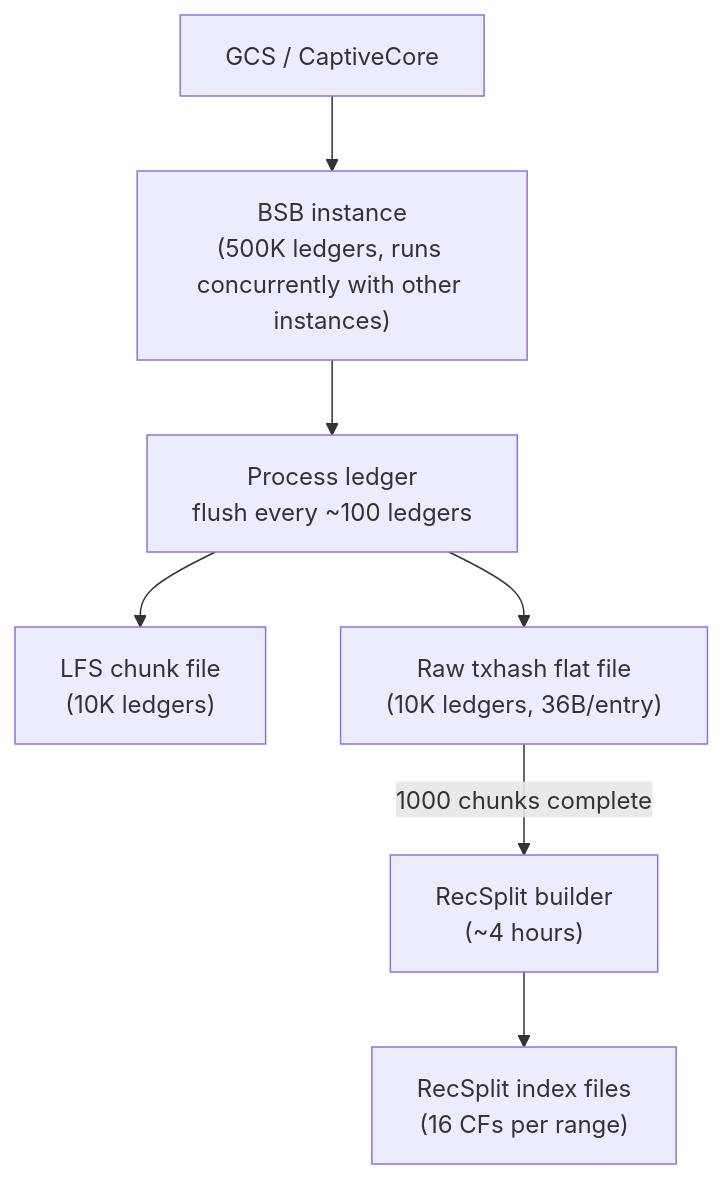
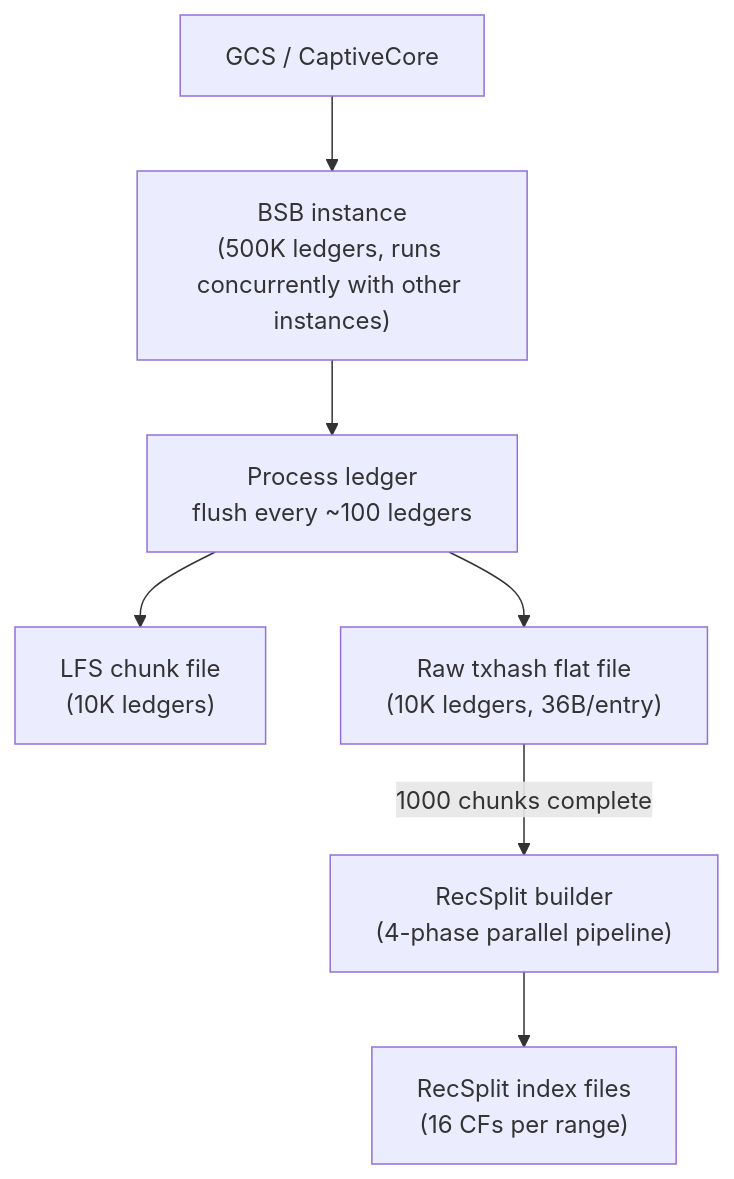
The seventh of 12 diagrams in full-history/design-docs/01-architecture-overview.md (stellar/stellar-rpc), drawn with Mermaid before and after one commit. The commit also changed other lines of this file and 6 other files, not shown here.

First line of the commit message:
Update design docs for 4-phase RecSplit pipeline and per-CF bookkeeping

````diff
--- a/full-history/design-docs/01-architecture-overview.md
+++ b/full-history/design-docs/01-architecture-overview.md
@@ -188,9 +188,9 @@
 ```mermaid
 flowchart TD
     A["GCS / CaptiveCore"] --> B["BSB instance<br/>(500K ledgers, runs concurrently with other instances)"]
     B --> C["Process ledger<br/>flush every ~100 ledgers"]
     C --> D["LFS chunk file<br/>(10K ledgers)"]
     C --> E["Raw txhash flat file<br/>(10K ledgers, 36B/entry)"]
-    E -->|"1000 chunks complete"| F["RecSplit builder<br/>(~4 hours)"]
+    E -->|"1000 chunks complete"| F["RecSplit builder<br/>(4-phase parallel pipeline)"]
     F --> G["RecSplit index files<br/>(16 CFs per range)"]
 ```
````
